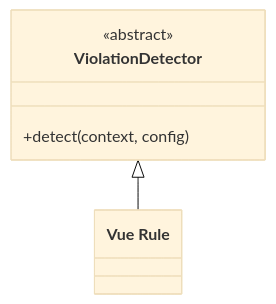
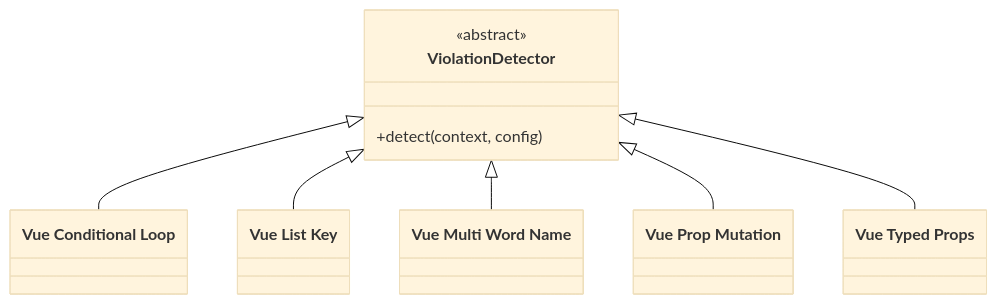
One commit to Anselmoo/mcp-zen-of-languages changed the second of 4 diagrams in docs/user-guide/frameworks/vue.md. Above: the diagram before and after it, drawn with Mermaid. The commit also changed other lines of this file and 41 other files, not shown here.

First line of the commit message:
feat: Enhance Vue and Ansible detector mappings with explicit dogmas

````diff
--- a/docs/user-guide/frameworks/vue.md
+++ b/docs/user-guide/frameworks/vue.md
@@ -132,11 +149,19 @@
     ```mermaid
     %%{init: {"theme": "base"}}%%
     classDiagram
         direction TB
         class ViolationDetector {
             <<abstract>>
             +detect(context, config)
         }
-        class det_01["Vue Rule"]
+        class det_01["Vue Conditional Loop"]
         ViolationDetector <|-- det_01
+        class det_02["Vue List Key"]
+        ViolationDetector <|-- det_02
+        class det_03["Vue Multi Word Name"]
+        ViolationDetector <|-- det_03
+        class det_04["Vue Prop Mutation"]
+        ViolationDetector <|-- det_04
+        class det_05["Vue Typed Props"]
+        ViolationDetector <|-- det_05
     ```
````
